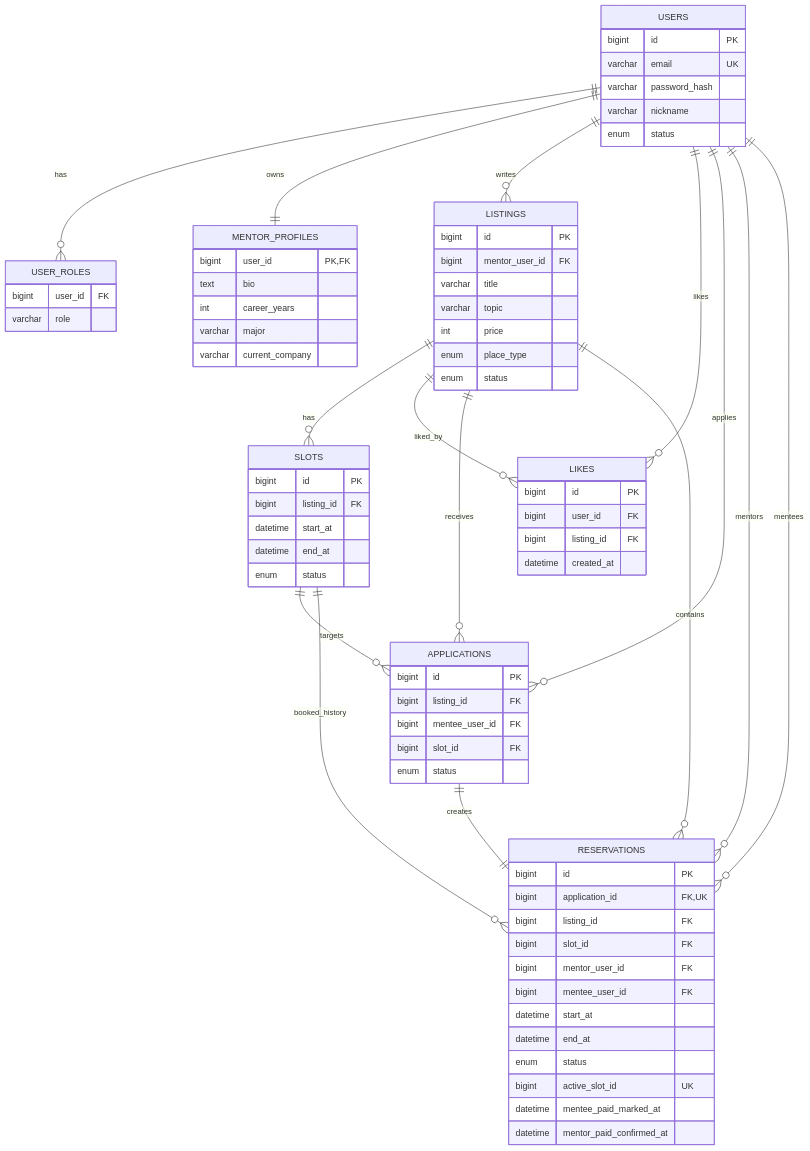
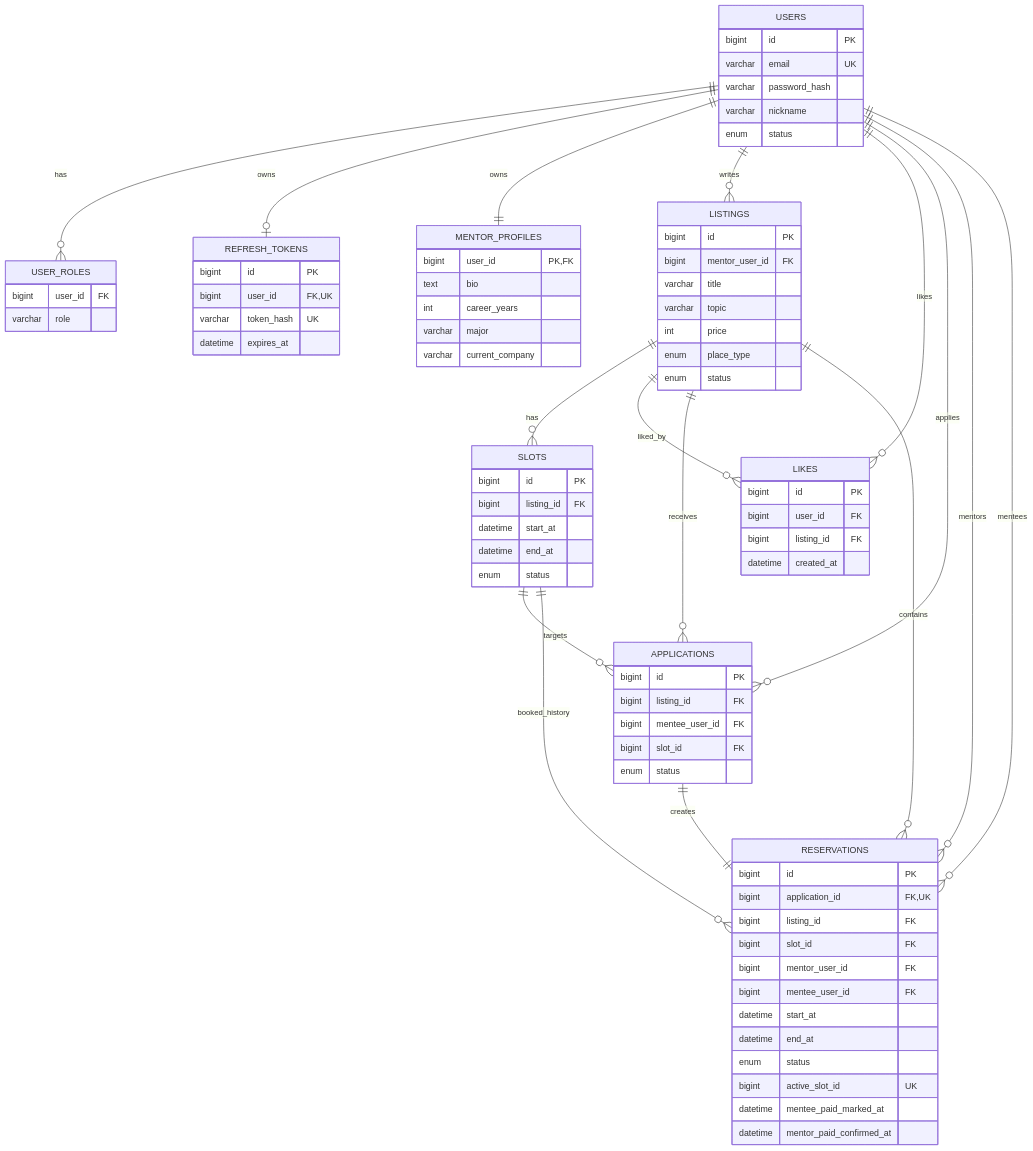
Before and after one commit to jkim1202/mentoring: the diagram in README.md, drawn with Mermaid. The commit also changed other lines of this file, not shown here.

````diff
--- a/README.md
+++ b/README.md
@@ -162,6 +169,7 @@
 ```mermaid
 erDiagram
     USERS ||--o{ USER_ROLES : has
+    USERS ||--o| REFRESH_TOKENS : owns
     USERS ||--|| MENTOR_PROFILES : owns
     USERS ||--o{ LISTINGS : writes
     USERS ||--o{ LIKES : likes
@@ -190,6 +198,13 @@
     USER_ROLES {
         bigint user_id FK
         varchar role
+    }
+
+    REFRESH_TOKENS {
+        bigint id PK
+        bigint user_id FK, UK
+        varchar token_hash UK
+        datetime expires_at
     }
 
     MENTOR_PROFILES {
````
